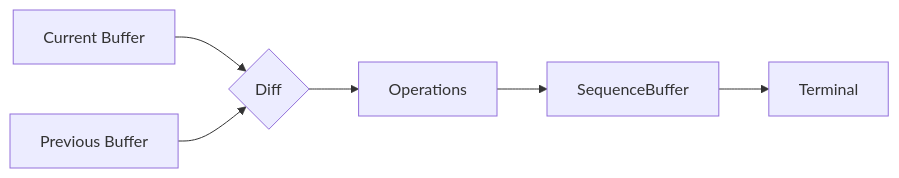
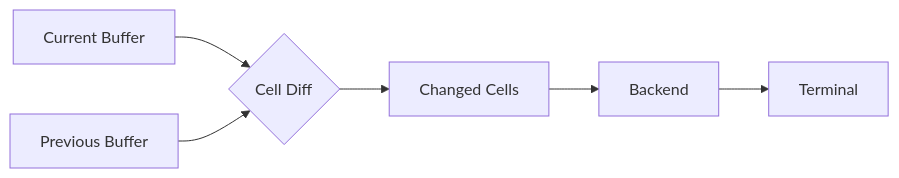
The second of 6 diagrams in guides/developer/01-architecture-overview.md (pcharbon70/term_ui), drawn with Mermaid before and after one commit. The commit also changed other lines of this file and 241 other files, not shown here.

````diff
--- a/guides/developer/01-architecture-overview.md
+++ b/guides/developer/01-architecture-overview.md
@@ -136,8 +136,8 @@
 ```mermaid
 graph LR
-    A[Current Buffer] --> D{Diff}
+    A[Current Buffer] --> D{Cell Diff}
     B[Previous Buffer] --> D
-    D --> O[Operations]
-    O --> S[SequenceBuffer]
-    S --> T[Terminal]
+    D --> C[Changed Cells]
+    C --> Backend
+    Backend --> T[Terminal]
 ```
````
